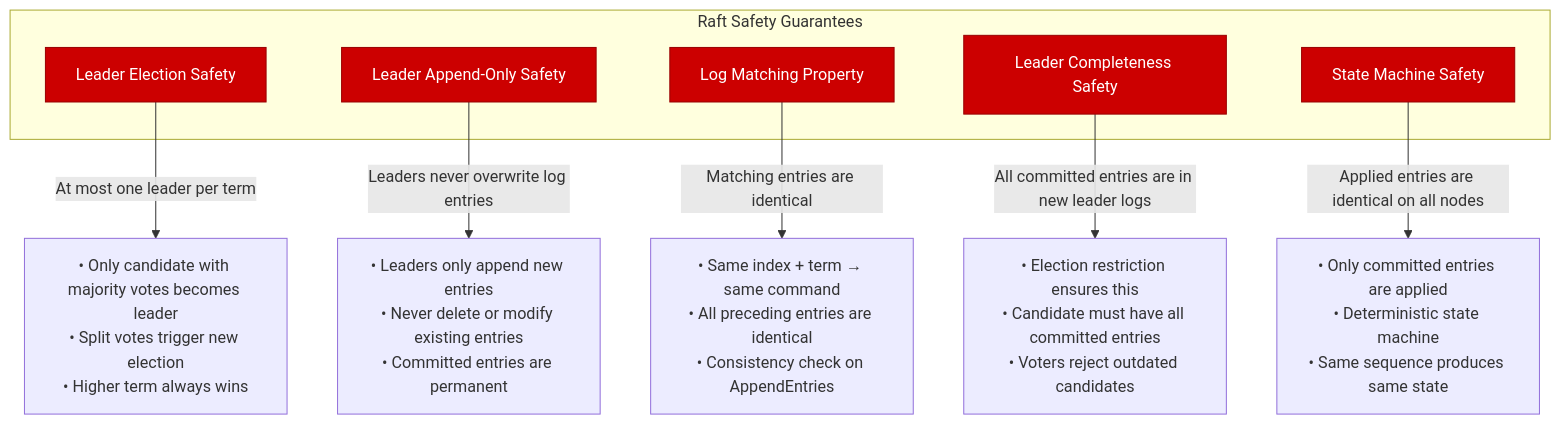
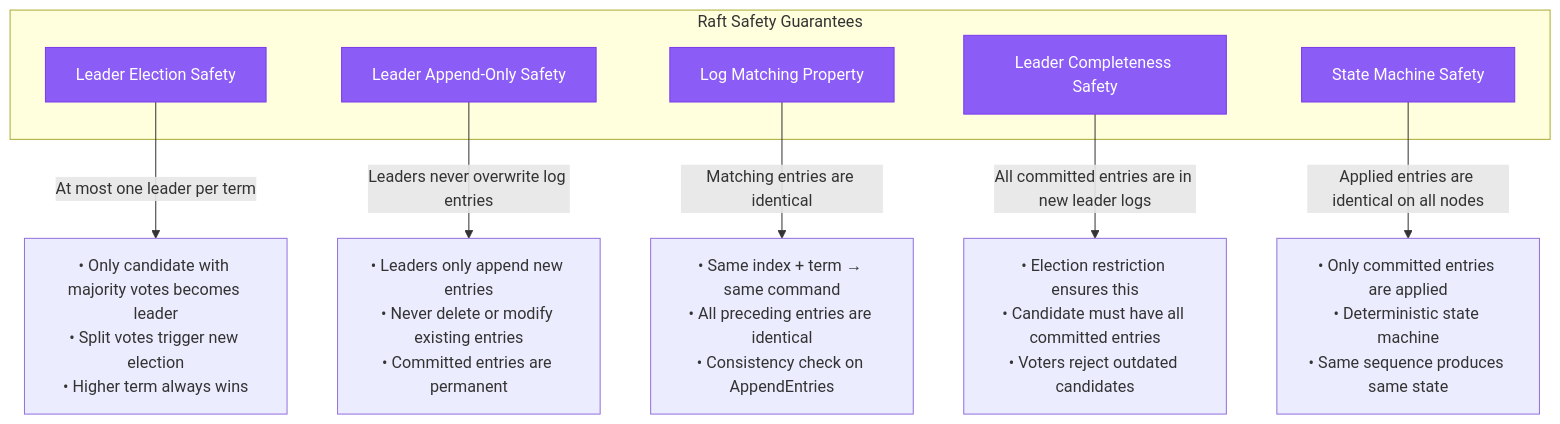
Before and after one commit to deepaucksharma/DS: the fourth of 5 diagrams in site/docs/mechanisms/consensus/raft-algorithm.md, drawn with Mermaid. The commit also changed other lines of this file and 303 other files, not shown here.

````diff
--- a/site/docs/mechanisms/consensus/raft-algorithm.md
+++ b/site/docs/mechanisms/consensus/raft-algorithm.md
@@ -142,24 +142,24 @@
 ```mermaid
 graph TB
     subgraph "Raft Safety Guarantees"
         LE[Leader Election Safety]
         LAS[Leader Append-Only Safety]
         LM[Log Matching Property]
         LCS[Leader Completeness Safety]
         SM[State Machine Safety]
     end
 
     LE --> |"At most one leader per term"| LE_DESC["• Only candidate with majority votes becomes leader<br/>• Split votes trigger new election<br/>• Higher term always wins"]
 
     LAS --> |"Leaders never overwrite log entries"| LAS_DESC["• Leaders only append new entries<br/>• Never delete or modify existing entries<br/>• Committed entries are permanent"]
 
     LM --> |"Matching entries are identical"| LM_DESC["• Same index + term → same command<br/>• All preceding entries are identical<br/>• Consistency check on AppendEntries"]
 
     LCS --> |"All committed entries are in new leader logs"| LCS_DESC["• Election restriction ensures this<br/>• Candidate must have all committed entries<br/>• Voters reject outdated candidates"]
 
     SM --> |"Applied entries are identical on all nodes"| SM_DESC["• Only committed entries are applied<br/>• Deterministic state machine<br/>• Same sequence produces same state"]
 
     %% Apply control plane color for safety properties
-    classDef controlStyle fill:#CC0000,stroke:#990000,color:#fff
+    classDef controlStyle fill:#8B5CF6,stroke:#7C3AED,color:#fff
     class LE,LAS,LM,LCS,SM controlStyle
 ```
````
